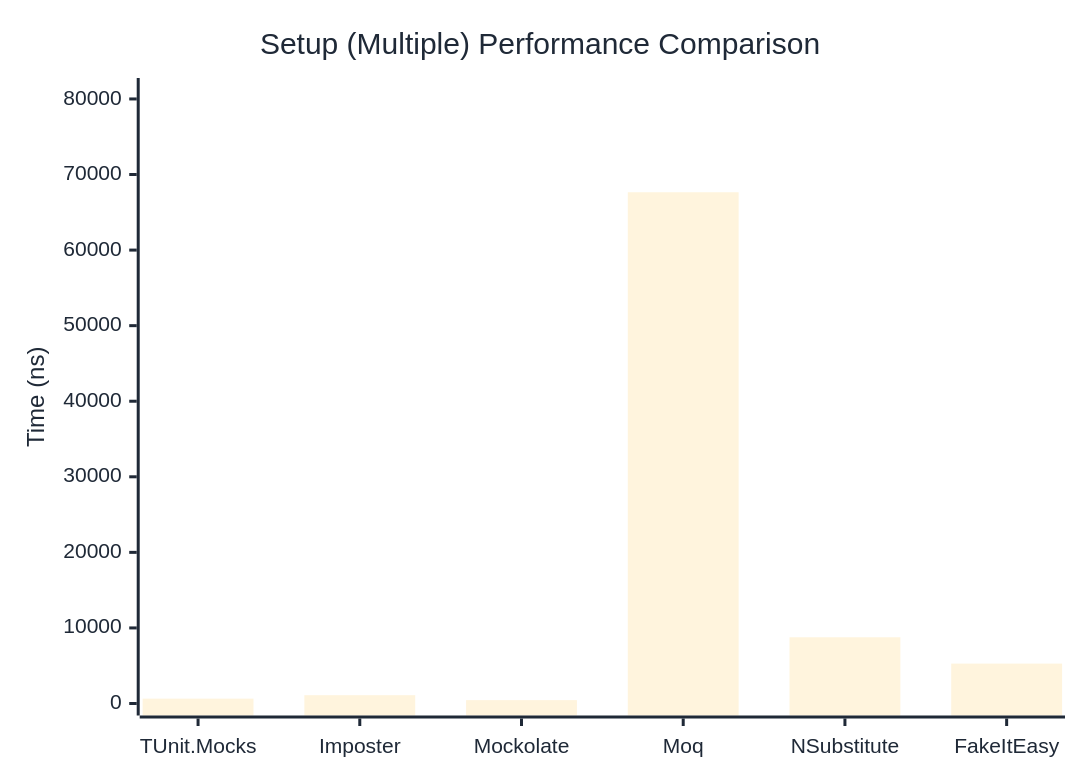
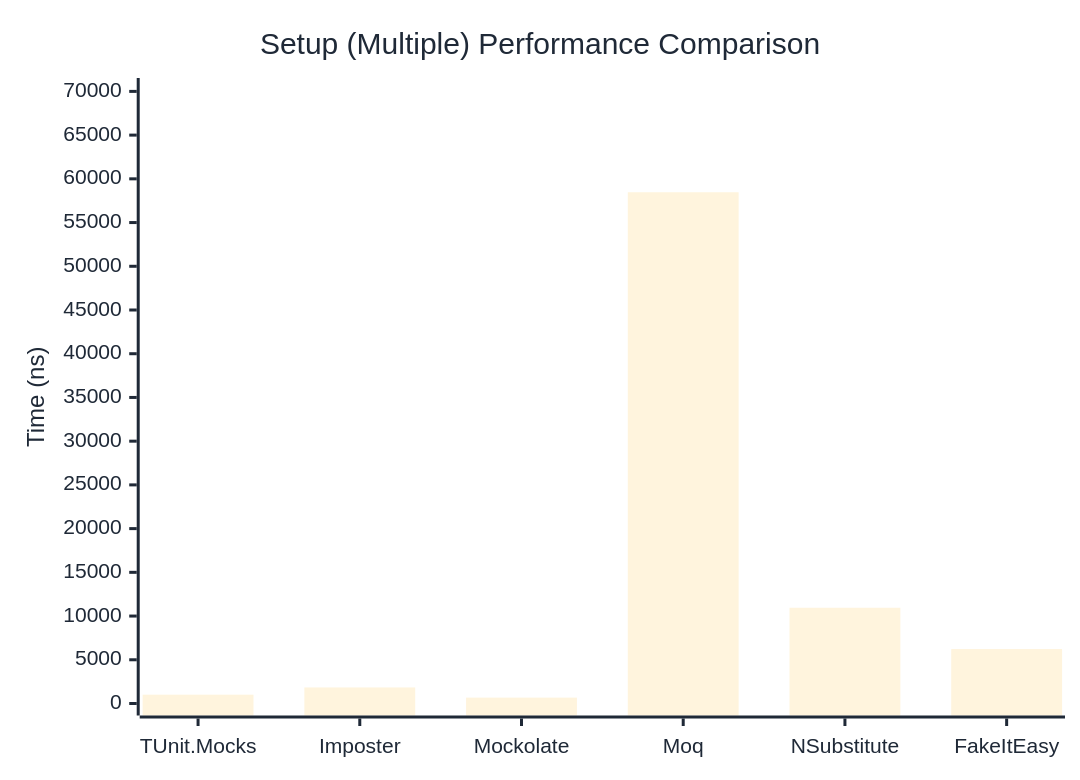
Before and after one commit to thomhurst/TUnit: the second of 2 diagrams in docs/docs/benchmarks/mocks/Setup.md, drawn with Mermaid. The commit also changed other lines of this file and 14 other files, not shown here.

````diff
--- a/docs/docs/benchmarks/mocks/Setup.md
+++ b/docs/docs/benchmarks/mocks/Setup.md
@@ -71,27 +71,27 @@
 ```mermaid
 %%{init: {
   'theme':'base',
   'themeVariables': {
     'primaryColor': '#2563eb',
     'primaryTextColor': '#1f2937',
     'primaryBorderColor': '#1e40af',
     'lineColor': '#6b7280',
     'secondaryColor': '#7c3aed',
     'tertiaryColor': '#dc2626',
     'background': '#ffffff',
     'pie1': '#2563eb',
     'pie2': '#7c3aed',
     'pie3': '#dc2626',
     'pie4': '#f59e0b',
     'pie5': '#10b981',
     'pie6': '#06b6d4',
     'pie7': '#ec4899',
     'pie8': '#6366f1'
   }
 }}%%
 xychart-beta
   title "Setup (Multiple) Performance Comparison"
   x-axis ["TUnit.Mocks", "Imposter", "Mockolate", "Moq", "NSubstitute", "FakeItEasy"]
-  y-axis "Time (ns)" 0 --> 81185
-  bar [640.3, 1101.8, 446.7, 67653.7, 8761.9, 5281.2]
+  y-axis "Time (ns)" 0 --> 70159
+  bar [1007.7, 1837.5, 671.3, 58465.1, 10950, 6226.3]
 ```
````
